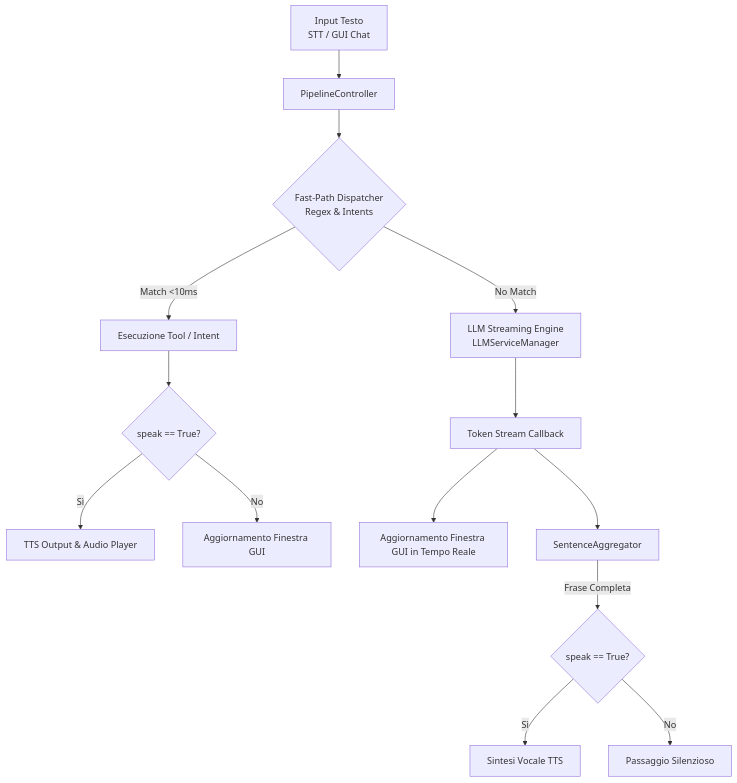
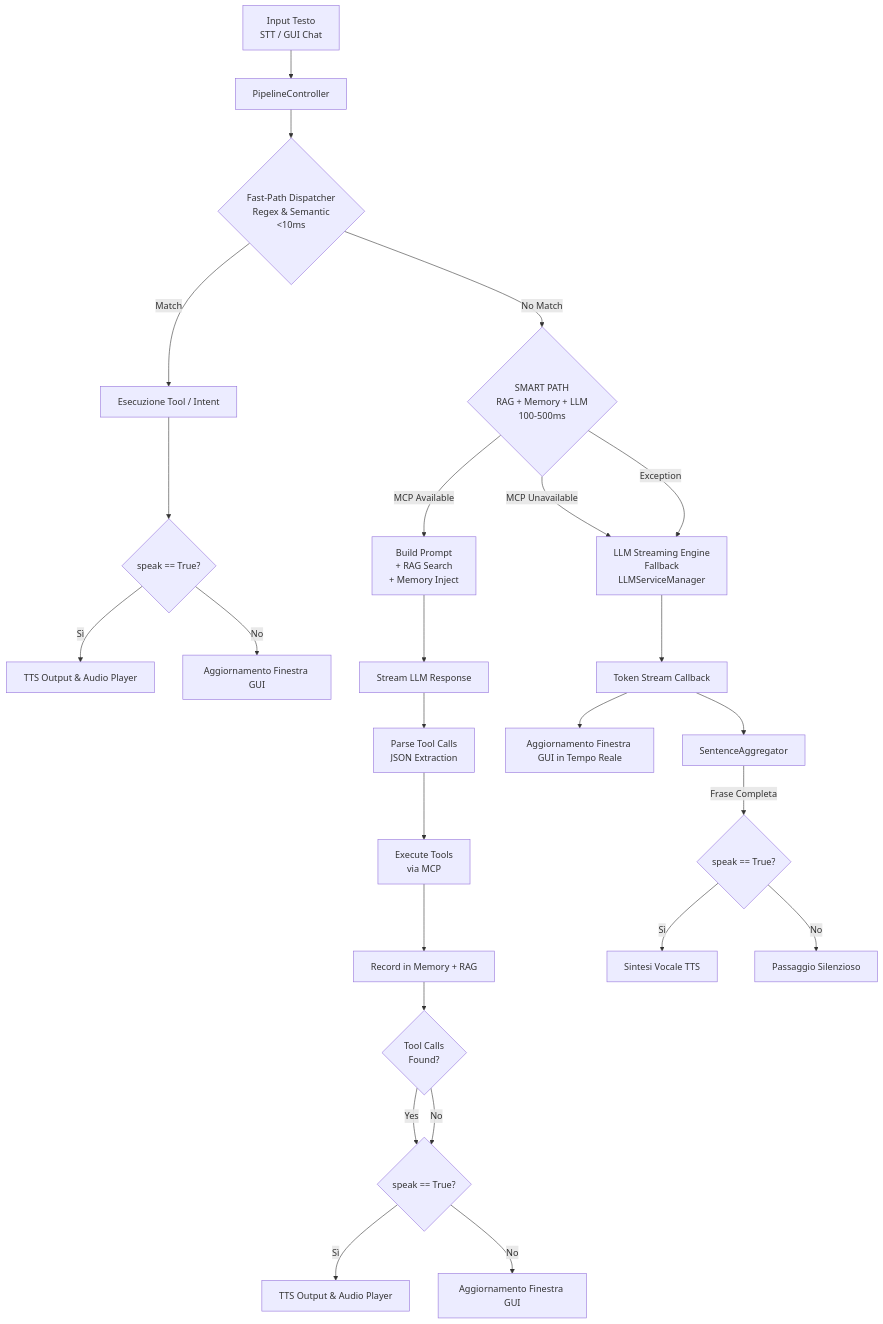
Before and after one commit to Scroker/voice-assistant: the diagram in docs/pipeline.md, drawn with Mermaid. The commit also changed other lines of this file and 45 other files, not shown here.

Commit message:
feat: enhance pipeline smart path with MCP availability checks and implement per-model granular idle timeout management in model manager

````diff
--- a/docs/pipeline.md
+++ b/docs/pipeline.md
@@ -11,19 +13,36 @@
 ```mermaid
 graph TD
     Input[Input Testo<br/>STT / GUI Chat] --> PC[PipelineController]
-    PC --> FP{Fast-Path Dispatcher<br/>Regex & Intents}
+    PC --> FP{Fast-Path Dispatcher<br/>Regex & Semantic<br/>&lt;10ms}
     
-    FP -->|Match <10ms| FPE[Esecuzione Tool / Intent]
+    FP -->|Match| FPE[Esecuzione Tool / Intent]
     FPE --> SpeakCheck1{speak == True?}
     SpeakCheck1 -->|Sì| TTS1[TTS Output & Audio Player]
     SpeakCheck1 -->|No| GUI1[Aggiornamento Finestra GUI]
     
-    FP -->|No Match| LLM[LLM Streaming Engine<br/>LLMServiceManager]
+    FP -->|No Match| SP{SMART PATH<br/>RAG + Memory + LLM<br/>100-500ms}
+    
+    SP -->|MCP Available| SPE["Build Prompt<br/>+ RAG Search<br/>+ Memory Inject"]
+    SPE --> LLMSP["Stream LLM Response"]
+    LLMSP --> PARSE["Parse Tool Calls<br/>JSON Extraction"]
+    PARSE --> EXEC["Execute Tools<br/>via MCP"]
+    EXEC --> REC["Record in Memory + RAG"]
+    REC --> SPResult{Tool Calls<br/>Found?}
+    
+    SP -->|MCP Unavailable| LLM
+    SPResult -->|Yes| SpeakCheck3{speak == True?}
+    SPResult -->|No| SpeakCheck3
+    
+    SpeakCheck3 -->|Sì| TTS3[TTS Output & Audio Player]
+    SpeakCheck3 -->|No| GUI3[Aggiornamento Finestra GUI]
+    
+    SP -->|Exception| LLM
+    LLM["LLM Streaming Engine<br/>Fallback<br/>LLMServiceManager"]
     LLM --> TokenStream[Token Stream Callback]
     TokenStream --> GUIStream[Aggiornamento Finestra GUI in Tempo Reale]
     TokenStream --> SA[SentenceAggregator]
     
     SA -->|Frase Completa| SpeakCheck2{speak == True?}
     SpeakCheck2 -->|Sì| TTS2[Sintesi Vocale TTS]
     SpeakCheck2 -->|No| SilentPass[Passaggio Silenzioso]
 ```
````
